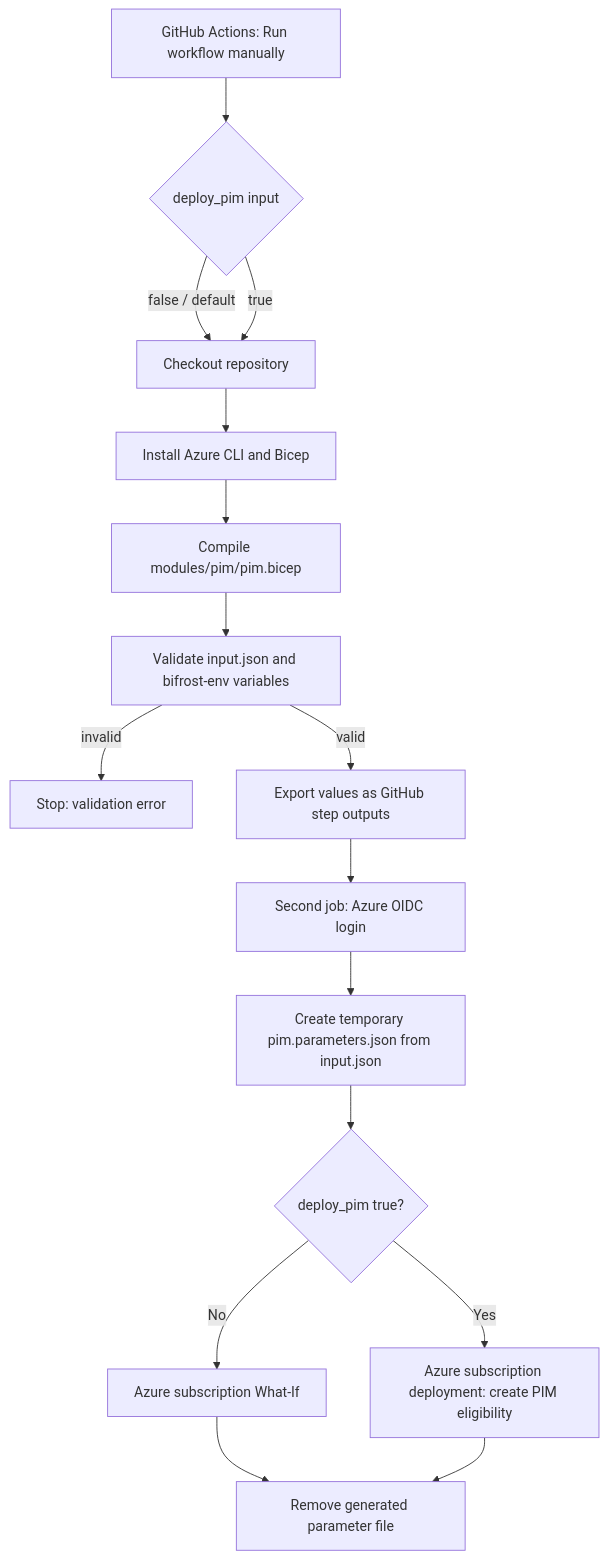
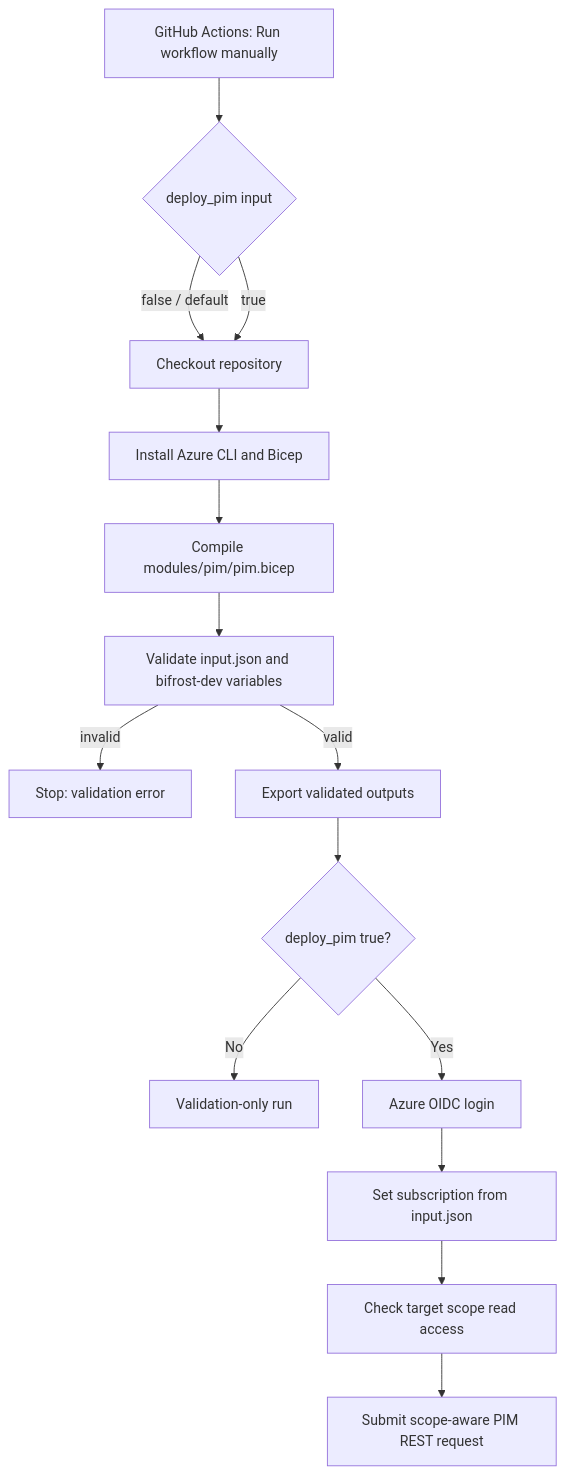
One commit to OLYMPUSPRIME/GPT-BIFROST changed the diagram in PIM_PIPELINE_INPUTS_AND_EXECUTION.md. Above: the diagram before and after it, drawn with Mermaid. The commit also changed other lines of this file, not shown here.

Commit message:
Correct PIM scope workflow documentation

````diff
--- a/PIM_PIPELINE_INPUTS_AND_EXECUTION.md
+++ b/PIM_PIPELINE_INPUTS_AND_EXECUTION.md
@@ -73,18 +76,17 @@
 ```mermaid
 flowchart TD
     A[GitHub Actions: Run workflow manually] --> B{deploy_pim input}
     B -->|false / default| C[Checkout repository]
     B -->|true| C
     C --> D[Install Azure CLI and Bicep]
     D --> E[Compile modules/pim/pim.bicep]
-    E --> F[Validate input.json and bifrost-env variables]
+    E --> F[Validate input.json and bifrost-dev variables]
     F -->|invalid| X[Stop: validation error]
-    F -->|valid| G[Export values as GitHub step outputs]
-    G --> H[Second job: Azure OIDC login]
-    H --> I[Create temporary pim.parameters.json from input.json]
-    I --> J{deploy_pim true?}
-    J -->|No| K[Azure subscription What-If]
-    J -->|Yes| L[Azure subscription deployment: create PIM eligibility]
-    K --> M[Remove generated parameter file]
-    L --> M
+    F -->|valid| G[Export validated outputs]
+    G --> H{deploy_pim true?}
+    H -->|No| I[Validation-only run]
+    H -->|Yes| J[Azure OIDC login]
+    J --> K[Set subscription from input.json]
+    K --> L[Check target scope read access]
+    L --> M[Submit scope-aware PIM REST request]
 ```
````
